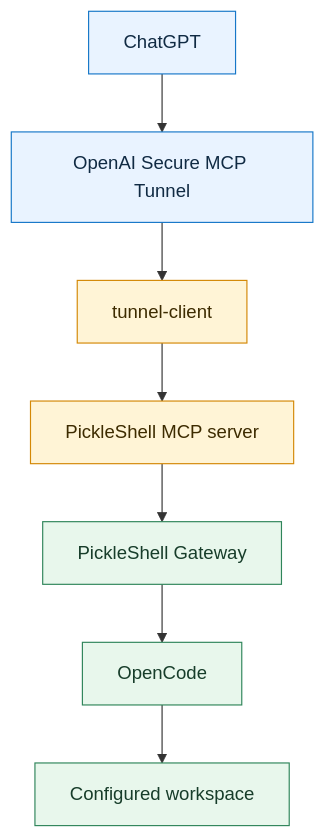
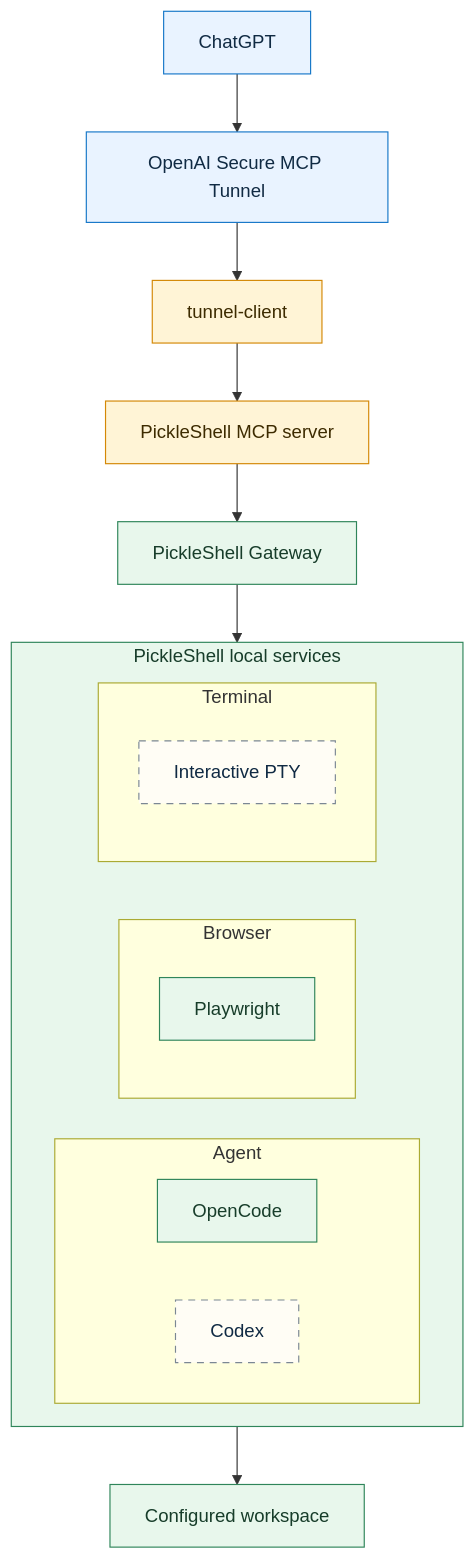
Before and after one commit to pickleshell/pickleshell: the first of 2 diagrams in README.md, drawn with Mermaid. The commit also changed other lines of this file and 1 other file, not shown here.

Commit message:
docs: define three core PickleShell services

````diff
--- a/README.md
+++ b/README.md
@@ -98,16 +100,33 @@
 ```mermaid
 flowchart TD
     A["ChatGPT"] --> B["OpenAI Secure MCP Tunnel"]
     B --> C["tunnel-client"]
     C --> D["PickleShell MCP server"]
     D --> E["PickleShell Gateway"]
-    E --> F["OpenCode"]
-    F --> G["Configured workspace"]
+
+    subgraph SVC["PickleShell local services"]
+        direction LR
+        subgraph SVCA["Agent"]
+            OC["OpenCode"]:::impl
+            CX["Codex"]:::planned
+        end
+        subgraph SVCB["Browser"]
+            PW["Playwright"]:::impl
+        end
+        subgraph SVCT["Terminal"]
+            TTY["Interactive PTY"]:::planned
+        end
+    end
+
+    E --> SVC
+    OC --> WS["Configured workspace"]
 
     classDef cloud fill:#e9f3ff,stroke:#1677c8,color:#102a43
     classDef bridge fill:#fff4d6,stroke:#d48806,color:#3d2b00
     classDef local fill:#e8f7ec,stroke:#2f855a,color:#173d2a
+    classDef impl fill:#e8f7ec,stroke:#2f855a,color:#173d2a
+    classDef planned fill:#fffdf5,stroke:#7b8794,color:#102a43,stroke-dasharray: 6 5
     class A,B cloud
     class C,D bridge
-    class E,F,G local
+    class E,SVC,WS local
 ```
````
